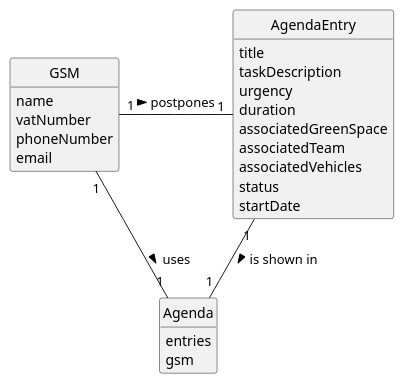
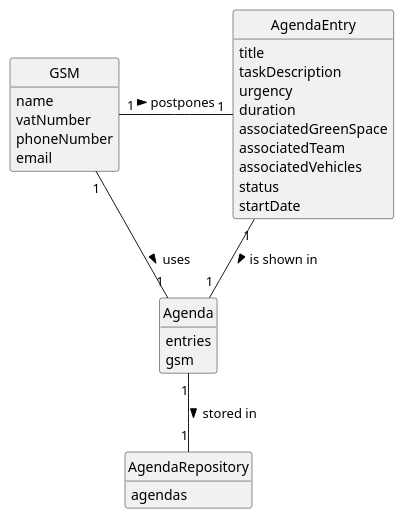
One commit to tiagosoa/lei-24-s2-1dgh-g073 changed the diagram in docs/sprint3/us024/02.analysis/puml/us024-domain-model.puml. Above: the diagram before and after it, drawn with PlantUML. The commit also changed 10 other files, not shown here.

```diff
--- a/docs/sprint3/us024/02.analysis/puml/us024-domain-model.puml
+++ b/docs/sprint3/us024/02.analysis/puml/us024-domain-model.puml
@@ -1,53 +1,58 @@
 @startuml
 skinparam monochrome true
 skinparam packageStyle rectangle
 skinparam shadowing false
 
 'left to right direction
 
 skinparam classAttributeIconSize 0
 
 hide circle
 hide methods
 
 'title Domain Model
 
 'class Platform {
 '  -description
 '}
 
 class GSM {
     name
     vatNumber
     phoneNumber
     email
 }
 
 class AgendaEntry {
      title
      taskDescription
      urgency
      duration
      associatedGreenSpace
      associatedTeam
      associatedVehicles
      status
      startDate
 }
 
 class Agenda {
     entries
     gsm
 }
 
+class AgendaRepository {
+    agendas
+}
+
 'class User {
 '    name
 '    email
 '    password
 '}
 
 GSM "1" - "1" AgendaEntry: postpones >
 GSM "1" -- "1" Agenda: uses >
 AgendaEntry "1" -- "1" Agenda: is shown in >
+Agenda "1" -- "1" AgendaRepository: stored in >
 
 @enduml
```
